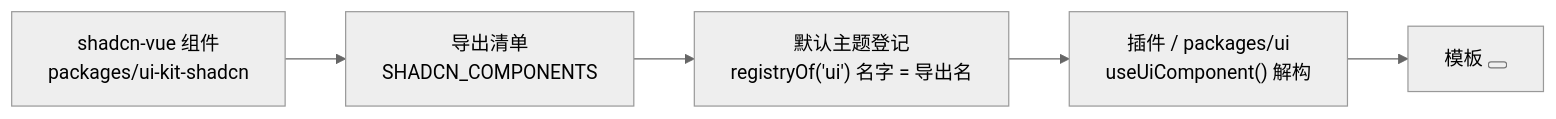
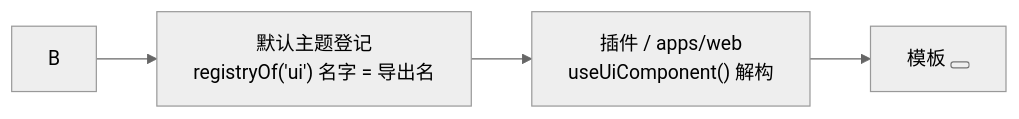
Before and after one commit to imohuan/mini-canvas: the diagram in .codex/skills/ui-development/SKILL.md, drawn with Mermaid (neutral theme). The commit also changed other lines of this file and 27 other files, not shown here.

````diff
--- a/.codex/skills/ui-development/SKILL.md
+++ b/.codex/skills/ui-development/SKILL.md
@@ -30,7 +30,6 @@
 ```mermaid
 flowchart LR
-  A["shadcn-vue 组件\npackages/ui-kit-shadcn"] --> B["导出清单\nSHADCN_COMPONENTS"]
   B --> C["默认主题登记\nregistryOf('ui') 名字 = 导出名"]
-  C --> D["插件 / packages/ui\nuseUiComponent() 解构"]
+  C --> D["插件 / apps/web\nuseUiComponent() 解构"]
   D --> E["模板 <Button /> <DialogContent />"]
 ```
````
